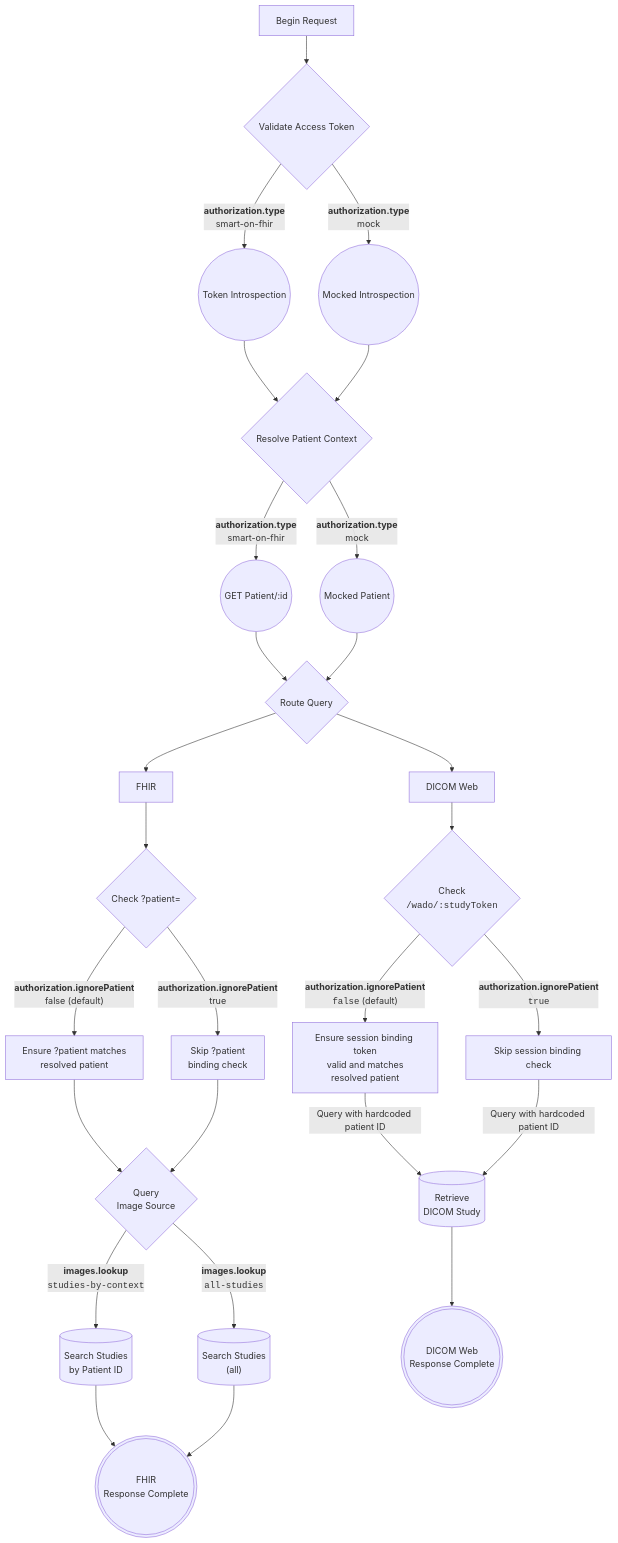
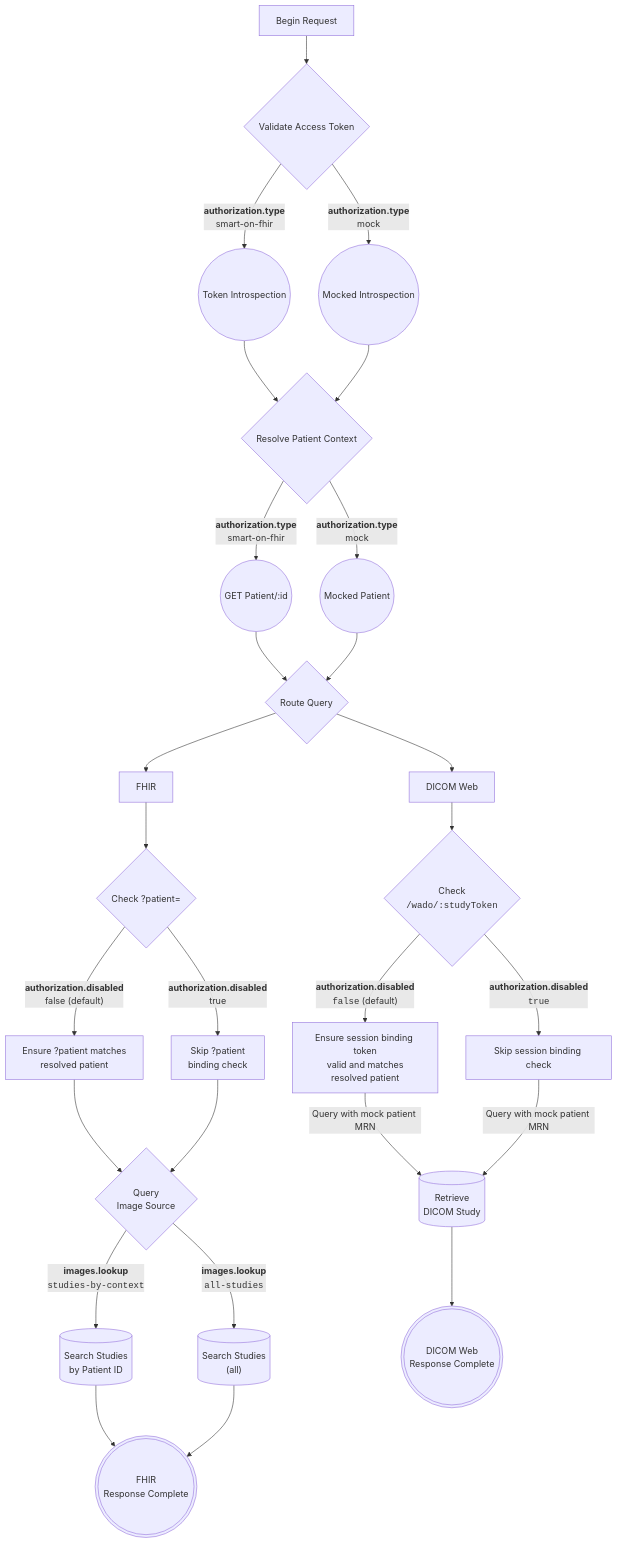
Before and after one commit to jmandel/smart-imaging: the first of 5 diagrams in diagrams.md, drawn with Mermaid. The commit also changed 3 other files, not shown here.

````diff
--- a/diagrams.md
+++ b/diagrams.md
@@ -1,35 +1,35 @@
 ```mermaid
 flowchart TB
     A[Begin Request] --> AccessTokenValidation{Validate Access Token}
     AccessTokenValidation -->|<b>authorization.type</b><br>smart-on-fhir| TokenIntrospection((Token Introspection))
     AccessTokenValidation -->|<b>authorization.type</b><br>mock| FakeIntrospection((Mocked Introspection))
     TokenIntrospection --> ResolvePatientContext{Resolve Patient Context}
     FakeIntrospection --> ResolvePatientContext
     ResolvePatientContext -->|<b>authorization.type</b><br>smart-on-fhir| GetPatient((GET Patient/:id))
     ResolvePatientContext -->|<b>authorization.type</b><br>mock| FakeResolver((Mocked Patient))
 
     GetPatient --> RouteQuery{Route Query}
     FakeResolver --> RouteQuery
 
     RouteQuery --> FHIRQuery[FHIR]
     RouteQuery --> DICOMQuery[DICOM Web]
 
     FHIRQuery --> CheckFHIRPatientBinding{Check ?patient=}
-    CheckFHIRPatientBinding -->|"<b>authorization.ignorePatient</b><br>false (default)"| EnsurePatientProperty[Ensure ?patient matches<br>resolved patient]
-    CheckFHIRPatientBinding -->|<b>authorization.ignorePatient</b><br>true| SkipPatientBindingCheck[Skip ?patient<br>binding check]
+    CheckFHIRPatientBinding -->|"<b>authorization.disabled</b><br>false (default)"| EnsurePatientProperty[Ensure ?patient matches<br>resolved patient]
+    CheckFHIRPatientBinding -->|<b>authorization.disabled</b><br>true| SkipPatientBindingCheck[Skip ?patient<br>binding check]
     EnsurePatientProperty --> RespondToFHIRQueries{Query<br>Image Source}
     SkipPatientBindingCheck --> RespondToFHIRQueries
     RespondToFHIRQueries -->|"<b>images.lookup</b><br><code>studies-by-context</code>"| PatientBinding[(Search Studies<br>by Patient ID)]
     RespondToFHIRQueries -->|"<b>images.lookup</b><br><code>all-studies</code>"| AllStudiesOnServer[("Search Studies<br>(all)")]
 
     PatientBinding --> FHIRResponseComplete(((FHIR<br>Response Complete)))
     AllStudiesOnServer --> FHIRResponseComplete
 
     DICOMQuery --> CheckDICOMSessionBinding{Check<br><code>/wado/:studyToken</code>}
-    CheckDICOMSessionBinding -->|"<b>authorization.ignorePatient</b><br><code>false</code> (default)"|CheckSessionBindingToken[Ensure session binding token<br>valid and matches<br>resolved patient]
-    CheckDICOMSessionBinding -->|"<b>authorization.ignorePatient</b><br><code>true</code>"| SkipSessionBindingCheck[Skip session binding check]
-    CheckSessionBindingToken -->|Query with hardcoded patient ID| DICOMWebResponseGeneration[(Retrieve<br>DICOM Study)]
-    SkipSessionBindingCheck -->|Query with hardcoded patient ID| DICOMWebResponseGeneration
+    CheckDICOMSessionBinding -->|"<b>authorization.disabled</b><br><code>false</code> (default)"|CheckSessionBindingToken[Ensure session binding token<br>valid and matches<br>resolved patient]
+    CheckDICOMSessionBinding -->|"<b>authorization.disabled</b><br><code>true</code>"| SkipSessionBindingCheck[Skip session binding check]
+    CheckSessionBindingToken -->|Query with mock patient MRN| DICOMWebResponseGeneration[(Retrieve<br>DICOM Study)]
+    SkipSessionBindingCheck -->|Query with mock patient MRN| DICOMWebResponseGeneration
     DICOMWebResponseGeneration --> DICOMWebResponseComplete(((DICOM Web<br>Response Complete)))
 
 ```
````
